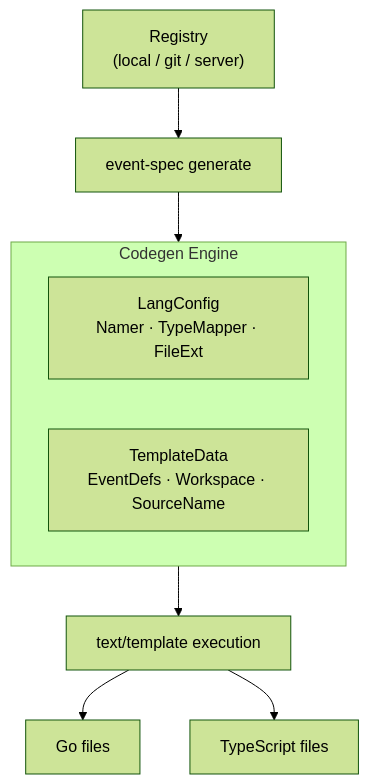
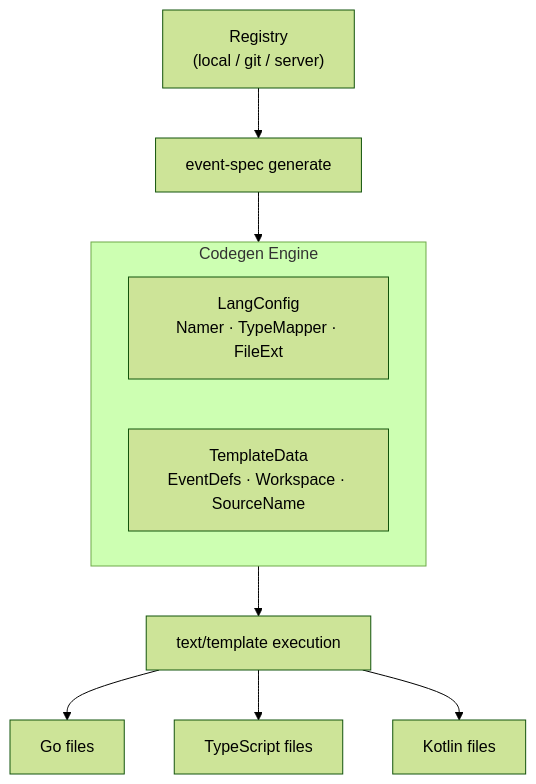
The diagram in docs/docs/concepts/codegen.md (dejanradmanovic/event-spec), drawn with Mermaid (forest theme) before and after one commit. The commit also changed other lines of this file and 56 other files, not shown here.

````diff
--- a/docs/docs/concepts/codegen.md
+++ b/docs/docs/concepts/codegen.md
@@ -13,15 +13,16 @@
 ```mermaid
 flowchart TD
     Reg["Registry\n(local / git / server)"]
     CLI["event-spec generate"]
     subgraph Engine ["Codegen Engine"]
         LC["LangConfig\nNamer · TypeMapper · FileExt"]
         TD["TemplateData\nEventDefs · Workspace · SourceName"]
     end
     Tmpl["text/template execution"]
     Go["Go files"]
     TS["TypeScript files"]
+    Kt["Kotlin files"]
 
     Reg --> CLI --> Engine --> Tmpl
-    Tmpl --> Go & TS
+    Tmpl --> Go & TS & Kt
 ```
````
